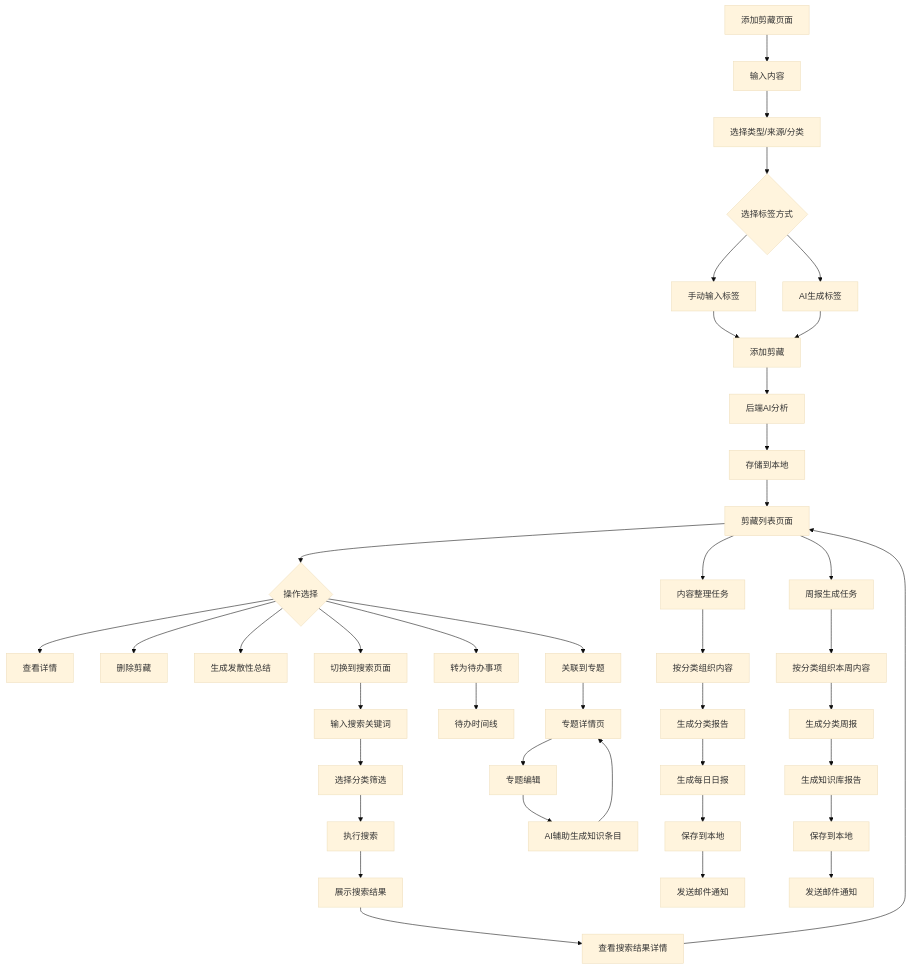
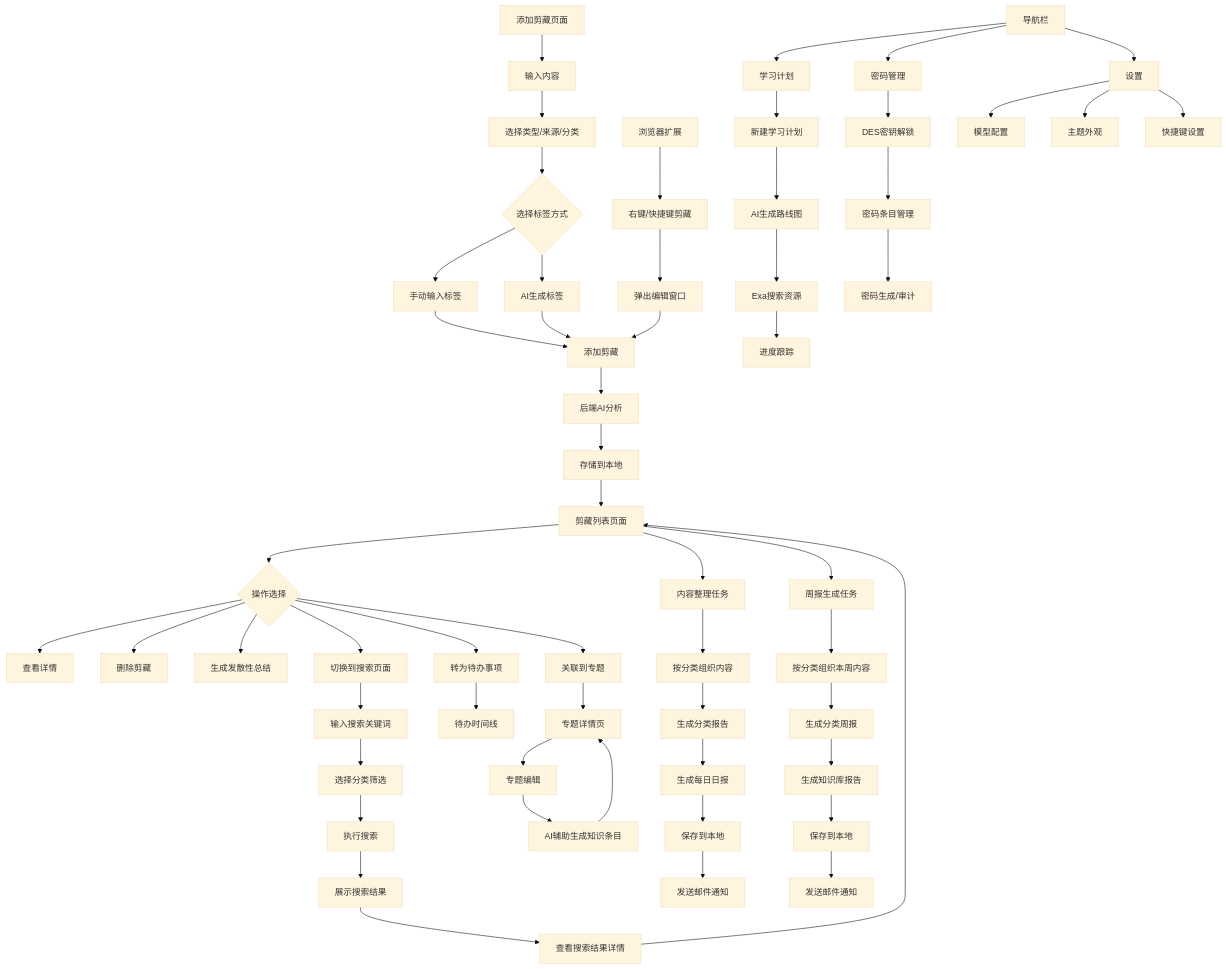
One commit to wf-Peg/ai_coding changed the diagram in PRD.md. Above: the diagram before and after it, drawn with Mermaid (base theme). The commit also changed other lines of this file and 6 other files, not shown here.

````diff
--- a/PRD.md
+++ b/PRD.md
@@ -117,43 +167,59 @@
 ```mermaid
 flowchart TD
     A[添加剪藏页面] --> B[输入内容]
     B --> C[选择类型/来源/分类]
     C --> D{选择标签方式}
     D --> E[手动输入标签]
     D --> F[AI生成标签]
     E --> G[添加剪藏]
     F --> G
     G --> H[后端AI分析]
     H --> I[存储到本地]
     I --> J[剪藏列表页面]
     J --> K{操作选择}
     K --> L[查看详情]
     K --> M[删除剪藏]
     K --> N[生成发散性总结]
     K --> O[切换到搜索页面]
     K --> P[转为待办事项]
     K --> Q[关联到专题]
     P --> R[待办时间线]
     Q --> S[专题详情页]
     O --> T[输入搜索关键词]
     T --> U[选择分类筛选]
     U --> V[执行搜索]
     V --> W[展示搜索结果]
     W --> X[查看搜索结果详情]
     X --> J
     J --> Y[内容整理任务]
     Y --> Z[按分类组织内容]
     Z --> AA[生成分类报告]
     AA --> AB[生成每日日报]
     AB --> AC[保存到本地]
     AC --> AD[发送邮件通知]
     J --> AE[周报生成任务]
     AE --> AF[按分类组织本周内容]
     AF --> AG[生成分类周报]
     AG --> AH[生成知识库报告]
     AH --> AI[保存到本地]
     AI --> AJ[发送邮件通知]
     S --> AK[专题编辑]
     AK --> AL[AI辅助生成知识条目]
     AL --> S
+    B1[浏览器扩展] --> B2[右键/快捷键剪藏]
+    B2 --> B3[弹出编辑窗口]
+    B3 --> G
+    C1[导航栏] --> C2[学习计划]
+    C2 --> C3[新建学习计划]
+    C3 --> C4[AI生成路线图]
+    C4 --> C5[Exa搜索资源]
+    C5 --> C6[进度跟踪]
+    C1 --> C7[密码管理]
+    C7 --> C8[DES密钥解锁]
+    C8 --> C9[密码条目管理]
+    C9 --> C10[密码生成/审计]
+    C1 --> C11[设置]
+    C11 --> C12[模型配置]
+    C11 --> C13[主题外观]
+    C11 --> C14[快捷键设置]
 ```
````
